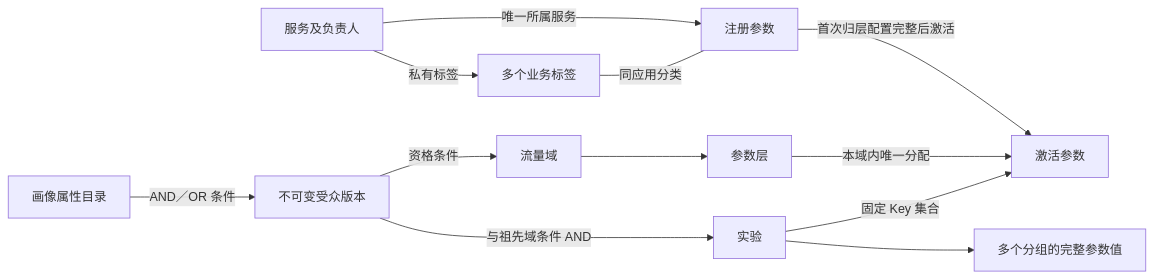
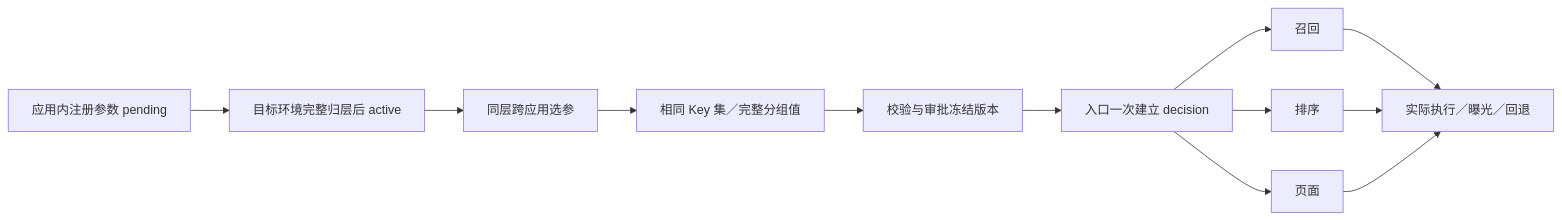
One commit to wangxwit/abtest changed the diagram in docs/联动实验设计.md. Above: the diagram before and after it, drawn with Mermaid. The commit also changed other lines of this file and 37 other files, not shown here.

````diff
--- a/docs/联动实验设计.md
+++ b/docs/联动实验设计.md
@@ -18,14 +77,14 @@
 ```mermaid
 flowchart LR
-  S[服务及负责人] -->|唯一所属服务| P[注册参数]
-  F[画像属性目录] -->|AND／OR 条件| U[不可变受众版本]
-  S -->|私有标签| T[多个业务标签]
-  T ---|同应用分类| P
-  P -->|首次归层配置完整后激活| A[激活参数]
-  D[流量域] --> L[参数层]
-  U[不可变受众版本] -->|资格条件| D
-  U -->|与祖先域条件 AND| E[实验]
-  L -->|本域内唯一分配| A
-  E[实验] -->|固定 Key 集合| A
-  E --> V[多个分组的完整参数值]
+  Register[应用内注册参数 pending] --> Assign[目标环境完整归层后 active]
+  Assign --> Select[同层跨应用选参]
+  Select --> Groups[相同 Key 集／完整分组值]
+  Groups --> Check[校验与审批冻结版本]
+  Check --> Decision[入口一次建立 decision]
+  Decision --> Recall[召回]
+  Decision --> Rank[排序]
+  Decision --> Page[页面]
+  Recall --> Events[实际执行／曝光／回退]
+  Rank --> Events
+  Page --> Events
 ```
````
